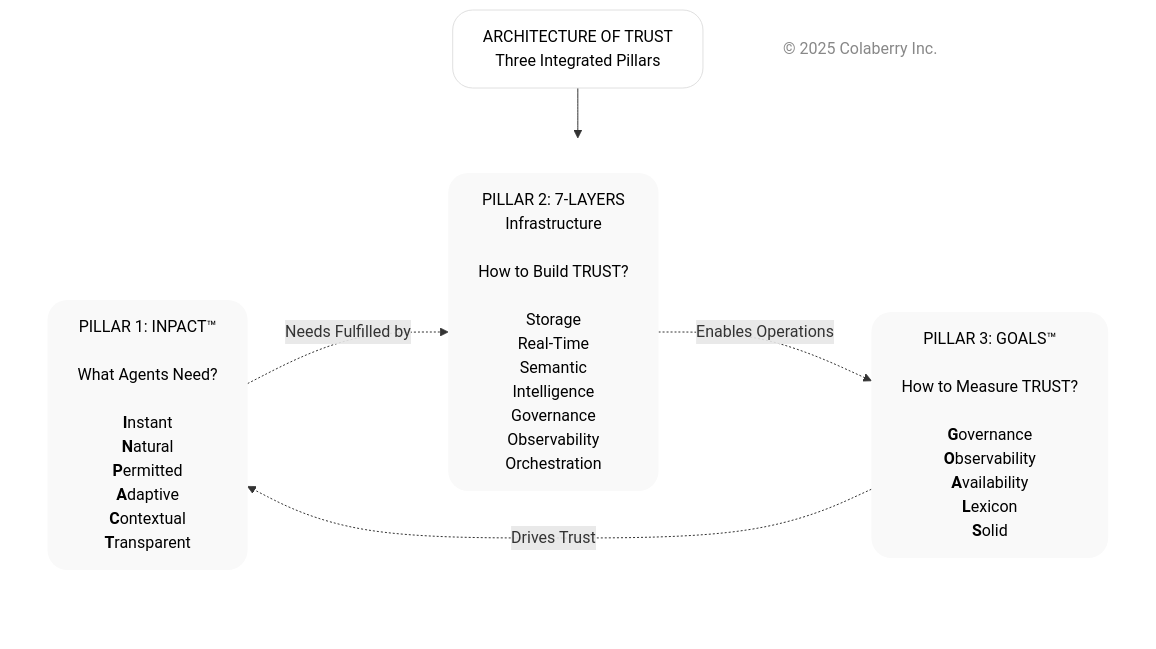
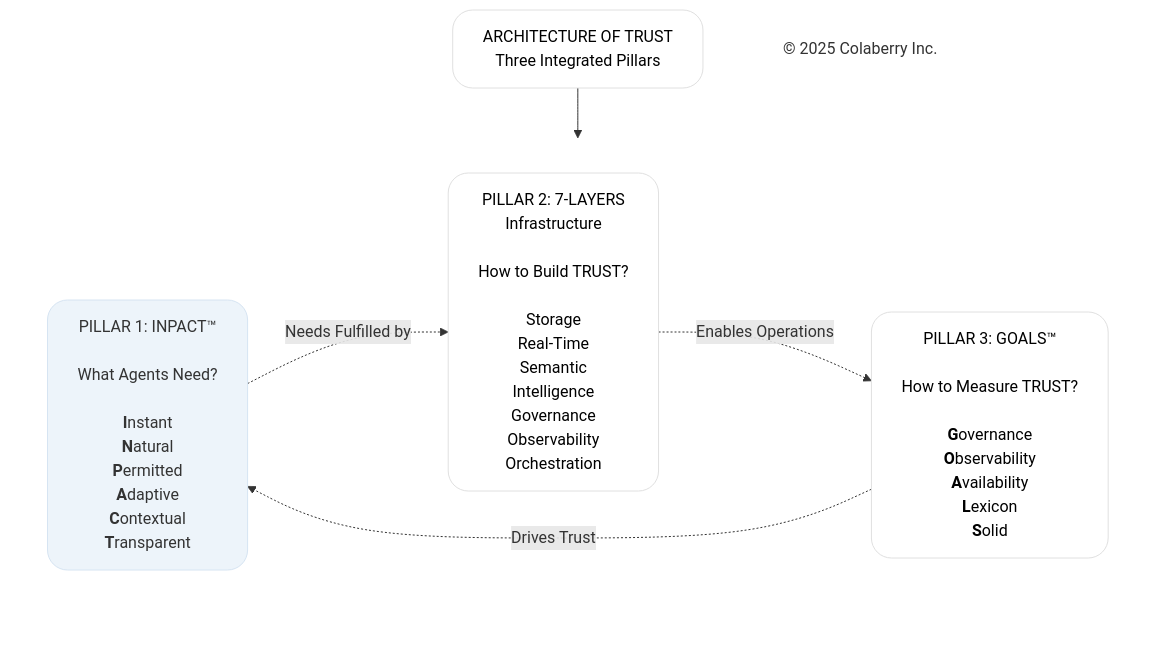
The second of 12 diagrams in manuscript/03_chapter_2_inpact_framework.md (saitejesh-cyber/trust-before-intelligence-book), drawn with Mermaid before and after one commit. The commit also changed other lines of this file and 4 other files, not shown here.

````diff
--- a/manuscript/03_chapter_2_inpact_framework.md
+++ b/manuscript/03_chapter_2_inpact_framework.md
@@ -63,33 +63,33 @@
 ```mermaid
 
 
 graph TB
     Title["ARCHITECTURE OF TRUST<br/>Three Integrated Pillars"]
     
     subgraph PILLARS[" "]
         direction LR
         INPACT["PILLAR 1: INPACT™<br/><br/>What Agents Need?<br/><br/><b>I</b>nstant<br/><b>N</b>atural<br/><b>P</b>ermitted<br/><b>A</b>daptive<br/><b>C</b>ontextual<br/><b>T</b>ransparent"]
         
         Layers["PILLAR 2: 7-LAYERS<br/>Infrastructure<br/><br/>How to Build TRUST?<br/><br/>Storage<br/>Real-Time<br/>Semantic<br/>Intelligence<br/>Governance<br/>Observability<br/>Orchestration"]
         
         GOALS["PILLAR 3: GOALS™<br/><br/>How to Measure TRUST?<br/><br/><b>G</b>overnance<br/><b>O</b>bservability<br/><b>A</b>vailability<br/><b>L</b>exicon<br/><b>S</b>olid"]
     end
     
     Copyright["© 2025 Colaberry Inc."]
     
     Title --> PILLARS
     
     INPACT -.->|"Needs Fulfilled by"| Layers
     Layers -.->|"Enables Operations"| GOALS
     GOALS -.->|"Drives Trust"| INPACT
     
     style Title fill:#ffffff,stroke:#e0e0e0,stroke-width:1px,color:#000000,rx:20,ry:20
     style PILLARS fill:none,stroke:none
-    style INPACT fill:#f9f9f9,stroke:none,color:#000000,rx:20,ry:20
-    style Layers fill:#f9f9f9,stroke:none,color:#000000,rx:20,ry:20
-    style GOALS fill:#f9f9f9,stroke:none,color:#000000,rx:20,ry:20
-    style Copyright fill:none,stroke:none,color:#888888
+        style INPACT fill:#edf4fa,stroke:#d6e4f2,stroke-width:1px,color:#333333,rx:20,ry:20
+        style Layers fill:#ffffff,stroke:#e0e0e0,stroke-width:1px,color:#000000,rx:20,ry:20
+        style GOALS fill:#ffffff,stroke:#e0e0e0,stroke-width:1px,color:#000000,rx:20,ry:20
+    style Copyright fill:none,stroke:none,color:#333333
 
 
 
 ```
````
